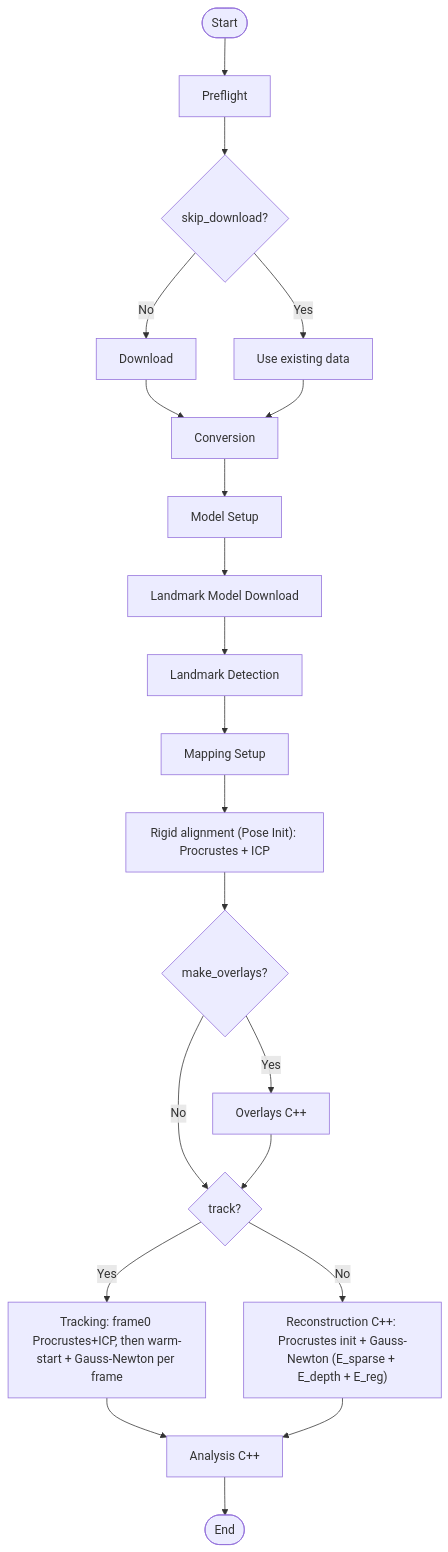
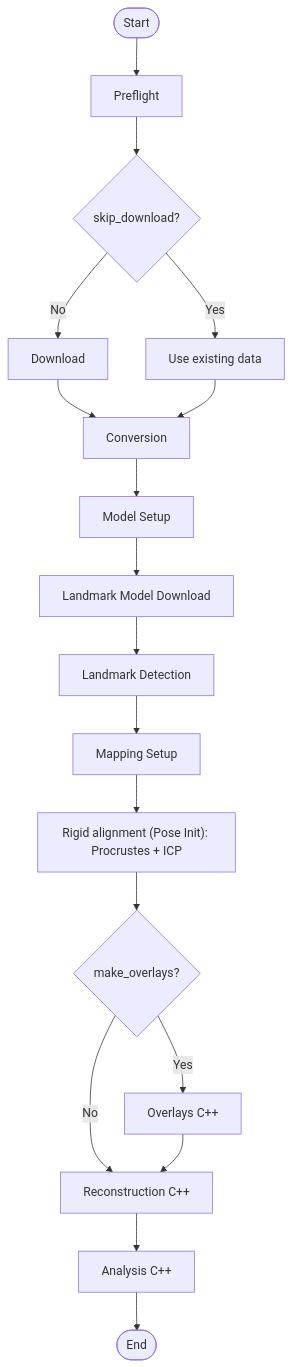
The second of 3 diagrams in README.md (ArdaSenyurek/Face-Reconstruction-TUM-3D-Scanning), drawn with Mermaid before and after one commit. The commit also changed other lines of this file and 9 other files, not shown here.

````diff
--- a/README.md
+++ b/README.md
@@ -76,23 +75,20 @@
 ```mermaid
 flowchart TD
   Start([Start]) --> Preflight[Preflight]
   Preflight --> Download{skip_download?}
   Download -->|No| DownloadStep[Download]
   Download -->|Yes| FindData[Use existing data]
   DownloadStep --> Convert[Conversion]
   FindData --> Convert
   Convert --> ModelSetup[Model Setup]
   ModelSetup --> LandmarkModel[Landmark Model Download]
   LandmarkModel --> LandmarkDetect[Landmark Detection]
   LandmarkDetect --> MappingSetup[Mapping Setup]
   MappingSetup --> PoseInit["Rigid alignment (Pose Init): Procrustes + ICP"]
   PoseInit --> Overlays{make_overlays?}
   Overlays -->|Yes| Week4Overlay[Overlays C++]
-  Overlays -->|No| ReconstructBranch{track?}
-  Week4Overlay --> ReconstructBranch
-  ReconstructBranch -->|Yes| Tracking["Tracking: frame0 Procrustes+ICP, then warm-start + Gauss-Newton per frame"]
-  ReconstructBranch -->|No| Reconstruction["Reconstruction C++: Procrustes init + Gauss-Newton (E_sparse + E_depth + E_reg)"]
-  Tracking --> Analysis[Analysis C++]
-  Reconstruction --> Analysis
+  Overlays -->|No| Reconstruction[Reconstruction C++]
+  Week4Overlay --> Reconstruction
+  Reconstruction --> Analysis[Analysis C++]
   Analysis --> End([End])
 ```
````
